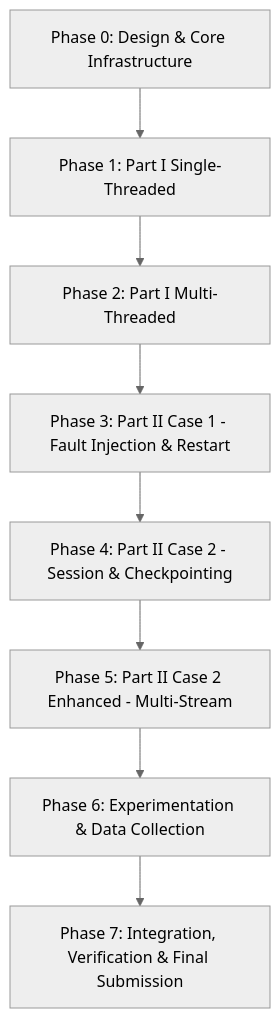
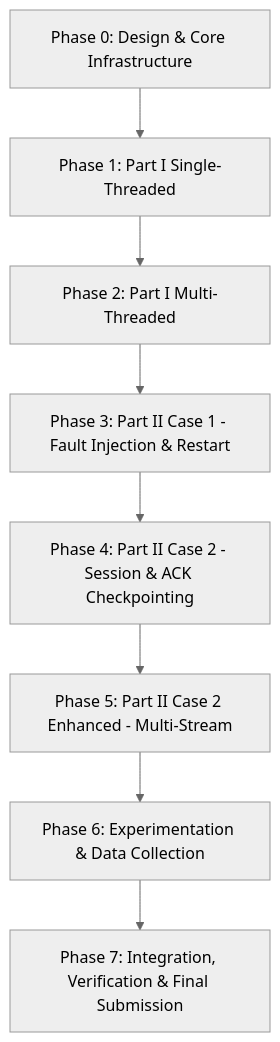
Before and after one commit to peaceparadise7-kb/IT305-Socket-Programming: the diagram in docs/IMPLEMENTATION_PLAN.md, drawn with Mermaid (neutral theme). The commit also changed other lines of this file and 7 other files, not shown here.

````diff
--- a/docs/IMPLEMENTATION_PLAN.md
+++ b/docs/IMPLEMENTATION_PLAN.md
@@ -12,10 +12,10 @@
 ```mermaid
 graph TD
     P0[Phase 0: Design & Core Infrastructure] --> P1[Phase 1: Part I Single-Threaded]
     P1 --> P2[Phase 2: Part I Multi-Threaded]
     P2 --> P3[Phase 3: Part II Case 1 - Fault Injection & Restart]
-    P3 --> P4[Phase 4: Part II Case 2 - Session & Checkpointing]
+    P3 --> P4[Phase 4: Part II Case 2 - Session & ACK Checkpointing]
     P4 --> P5[Phase 5: Part II Case 2 Enhanced - Multi-Stream]
     P5 --> P6[Phase 6: Experimentation & Data Collection]
     P6 --> P7[Phase 7: Integration, Verification & Final Submission]
 ```
````
